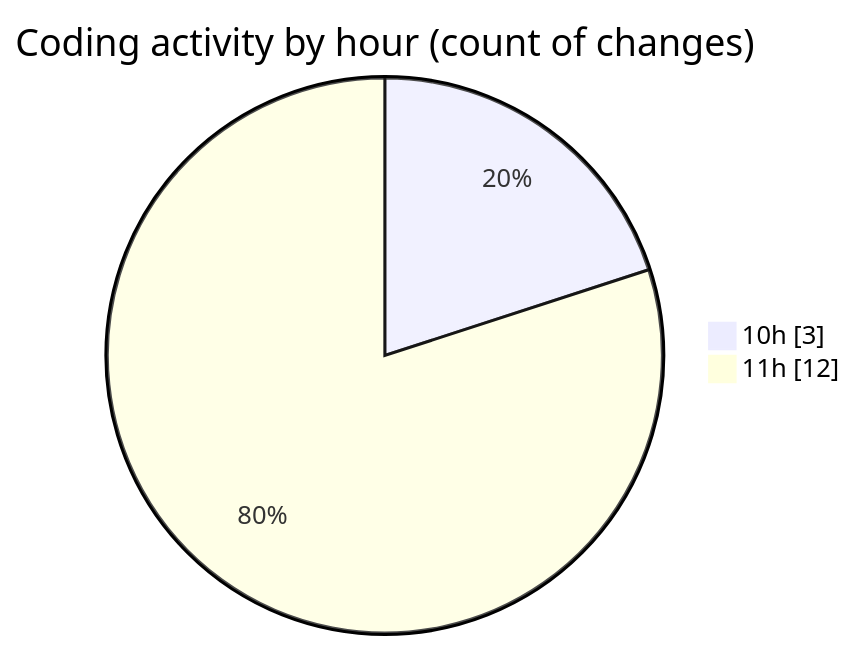
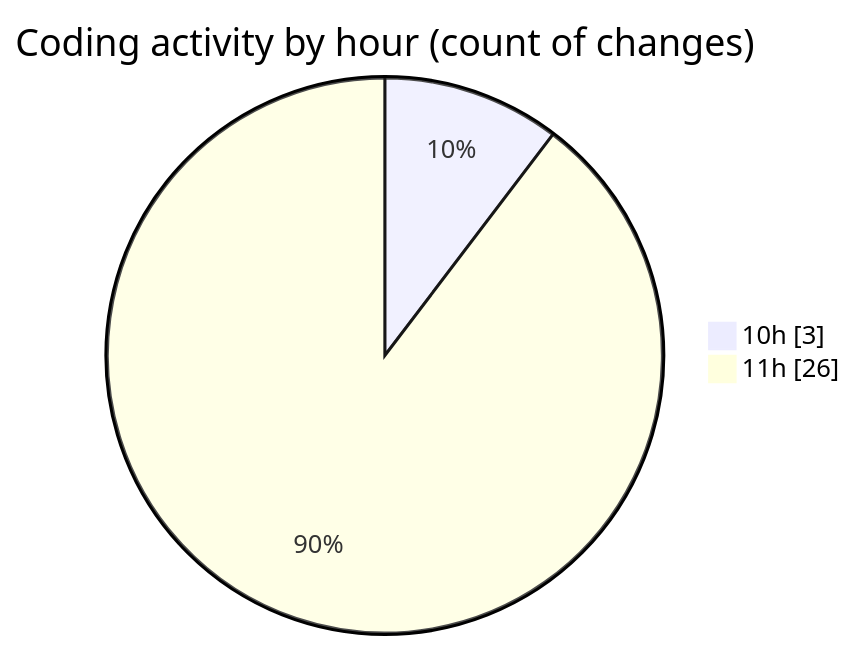
The second of 2 diagrams in 2025-07-11/argos/README.md (nxtqubesakshisongat/code-tracking), drawn with Mermaid before and after one commit. The commit also changed other lines of this file and 1 other file, not shown here.

````diff
--- a/2025-07-11/argos/README.md
+++ b/2025-07-11/argos/README.md
@@ -30,6 +30,6 @@
 ```mermaid
 pie showData
 title Coding activity by hour (count of changes)
 "10h" : 3
-"11h" : 12
+"11h" : 26
 ```
````
